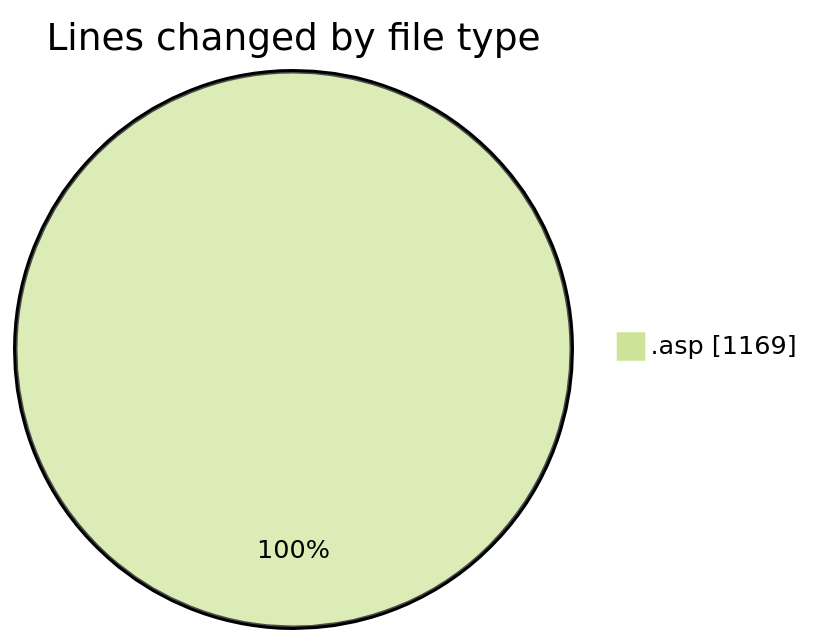
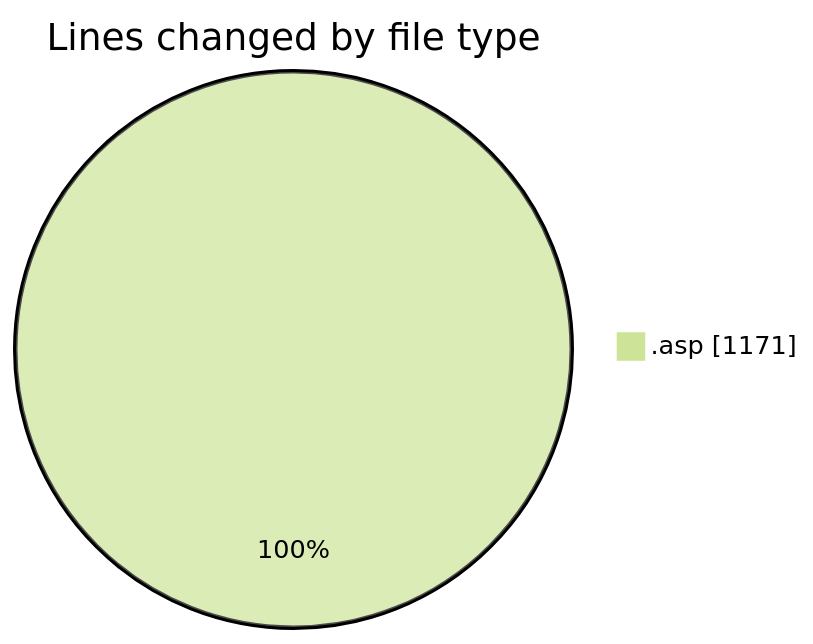
Before and after one commit to julien-gomy/code-tracking: the first of 2 diagrams in 2025-11-20/cdp_aleoudev_fr__workspace_/README.md, drawn with Mermaid (forest theme). The commit also changed other lines of this file and 1 other file, not shown here.

````diff
--- a/2025-11-20/cdp_aleoudev_fr__workspace_/README.md
+++ b/2025-11-20/cdp_aleoudev_fr__workspace_/README.md
@@ -23,5 +23,5 @@
 ```mermaid
 pie showData
 title Lines changed by file type
-".asp" : 1169
+".asp" : 1171
 ```
````
